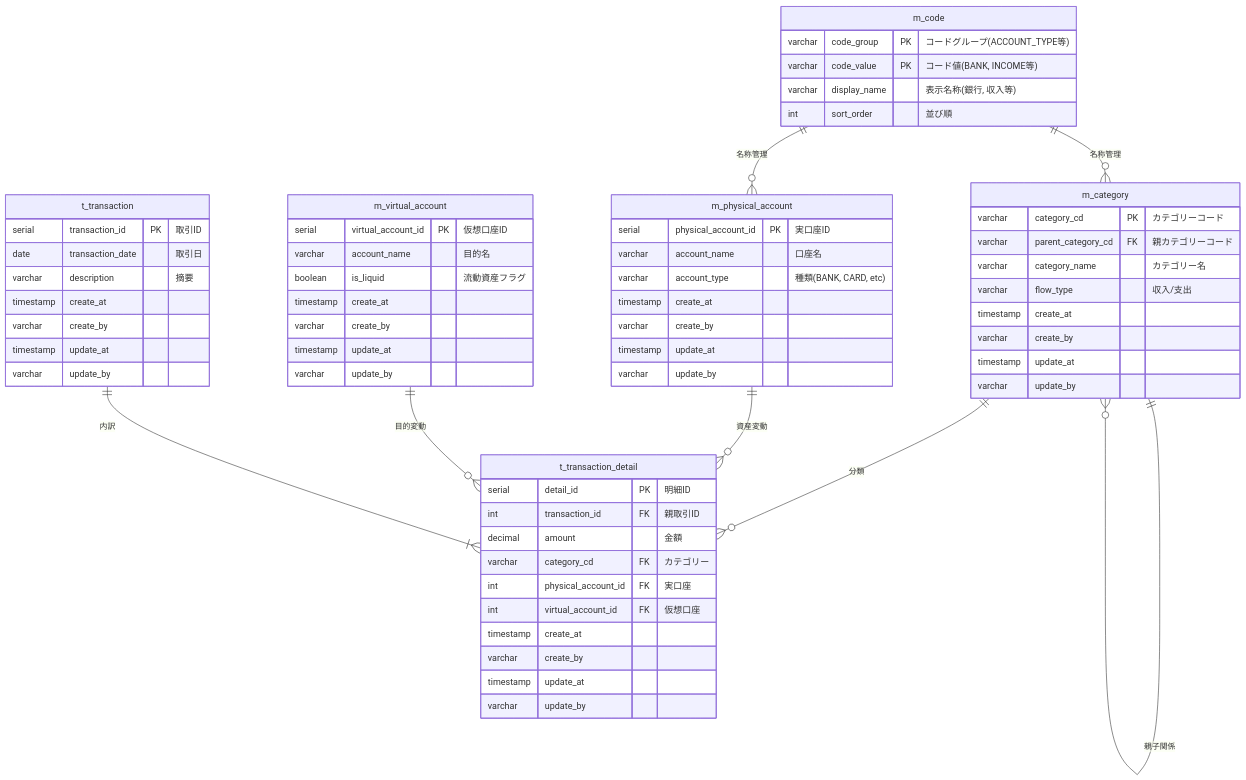
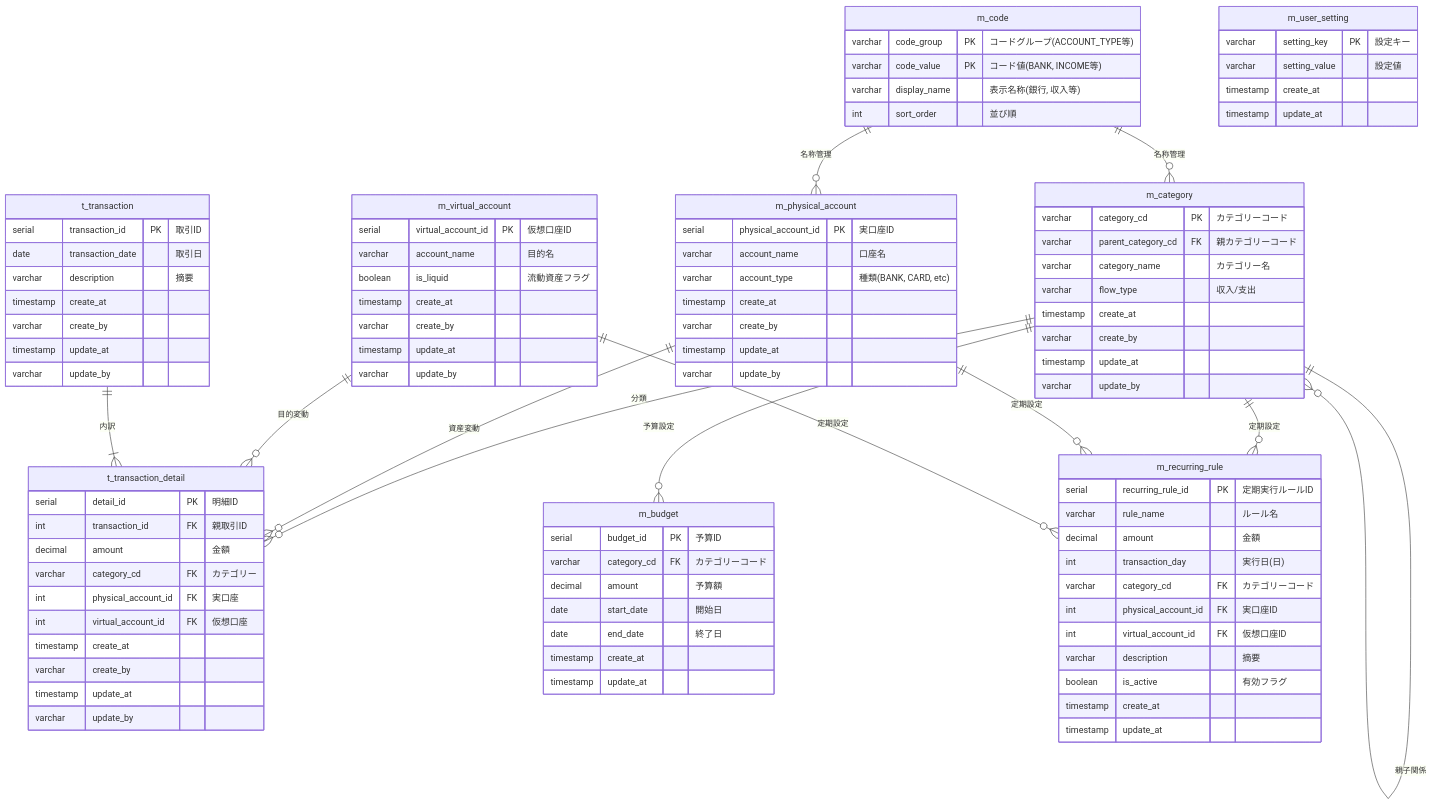
The diagram in docs/db_design.md (flowlet-dev/flowlet-backend), drawn with Mermaid before and after one commit. The commit also changed other lines of this file and 38 other files, not shown here.

```diff
--- a/docs/db_design.md
+++ b/docs/db_design.md
@@ -9,8 +9,12 @@
 erDiagram
     m_category ||--o{ m_category : "親子関係"
     m_category ||--o{ t_transaction_detail : "分類"
+    m_category ||--o{ m_budget : "予算設定"
+    m_category ||--o{ m_recurring_rule : "定期設定"
     m_physical_account ||--o{ t_transaction_detail : "資産変動"
+    m_physical_account ||--o{ m_recurring_rule : "定期設定"
     m_virtual_account ||--o{ t_transaction_detail : "目的変動"
+    m_virtual_account ||--o{ m_recurring_rule : "定期設定"
     t_transaction ||--|{ t_transaction_detail : "内訳"
     m_code ||--o{ m_category : "名称管理"
     m_code ||--o{ m_physical_account : "名称管理"
@@ -53,6 +57,37 @@
         varchar update_by
     }
 
+    m_budget {
+        serial budget_id PK "予算ID"
+        varchar category_cd FK "カテゴリーコード"
+        decimal amount "予算額"
+        date start_date "開始日"
+        date end_date "終了日"
+        timestamp create_at
+        timestamp update_at
+    }
+
+    m_recurring_rule {
+        serial recurring_rule_id PK "定期実行ルールID"
+        varchar rule_name "ルール名"
+        decimal amount "金額"
+        int transaction_day "実行日(日)"
+        varchar category_cd FK "カテゴリーコード"
+        int physical_account_id FK "実口座ID"
+        int virtual_account_id FK "仮想口座ID"
+        varchar description "摘要"
+        boolean is_active "有効フラグ"
+        timestamp create_at
+        timestamp update_at
+    }
+
+    m_user_setting {
+        varchar setting_key PK "設定キー"
+        varchar setting_value "設定値"
+        timestamp create_at
+        timestamp update_at
+    }
+
     t_transaction {
         serial transaction_id PK "取引ID"
         date transaction_date "取引日"
```
